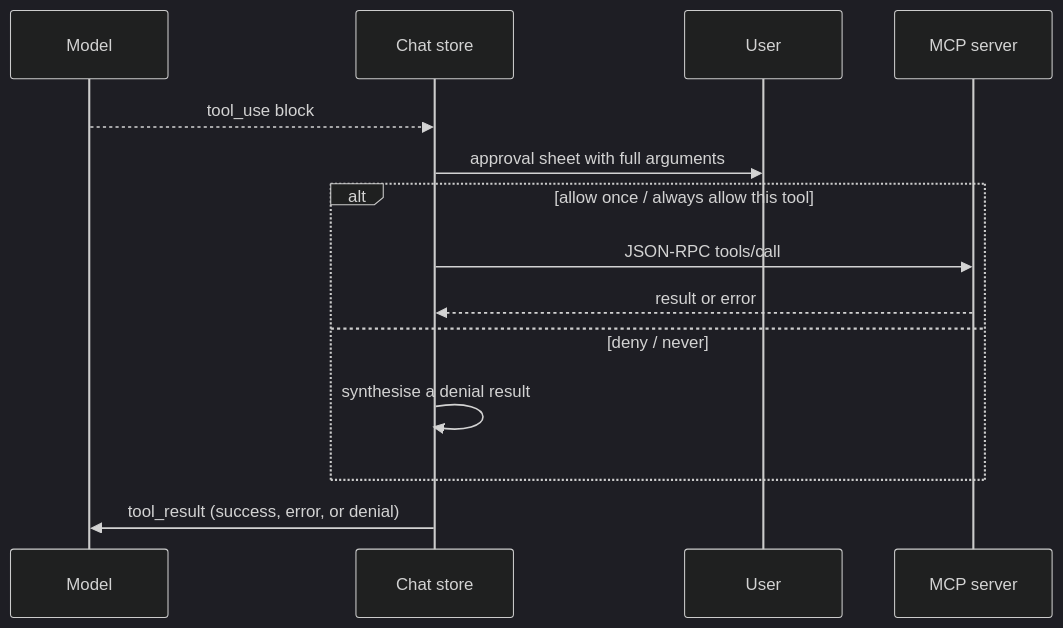
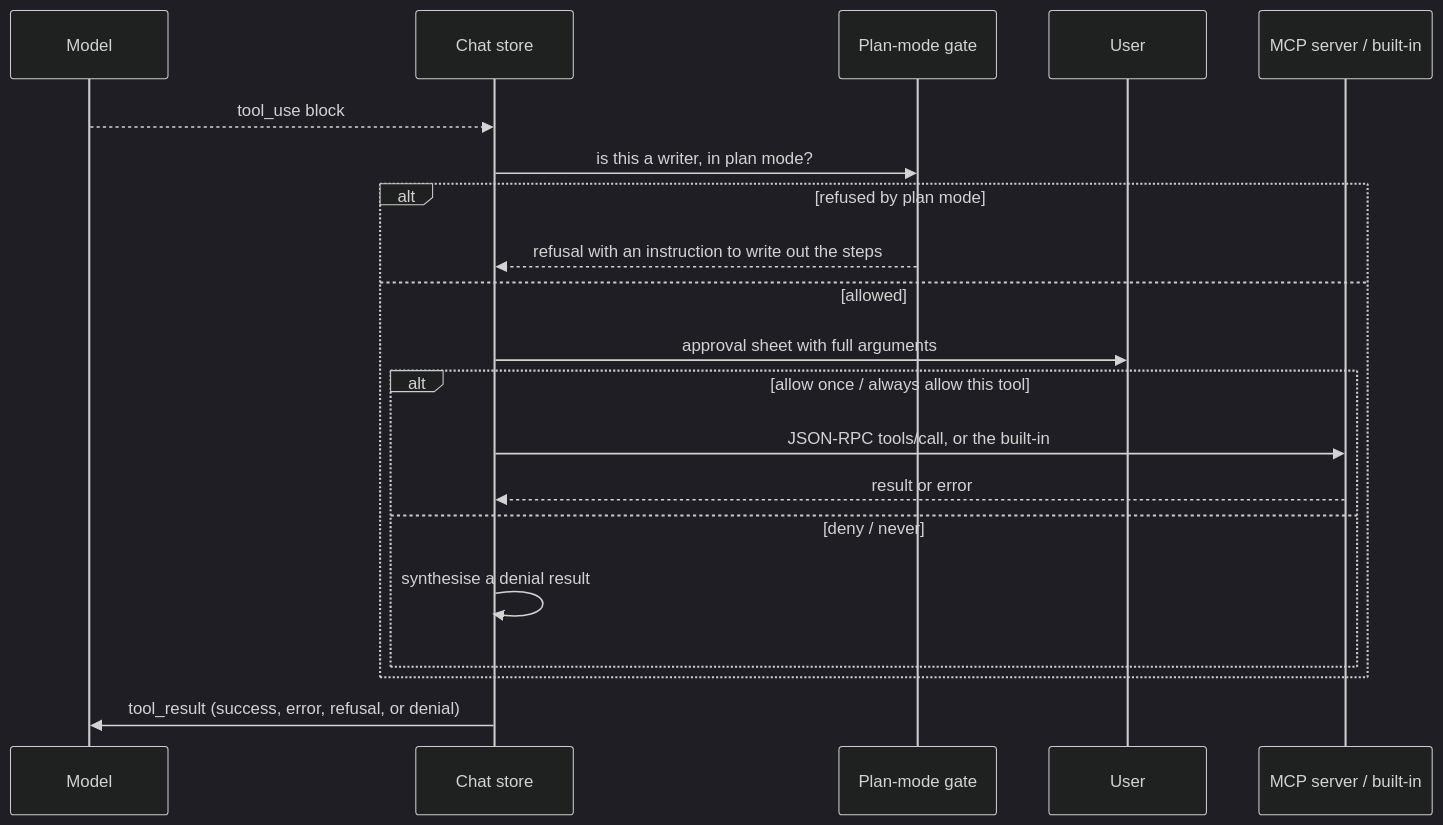
One commit to Suke2004/SuperAgent changed the third of 4 diagrams in README.md. Above: the diagram before and after it, drawn with Mermaid (dark theme). The commit also changed other lines of this file and 21 other files, not shown here.

````diff
--- a/README.md
+++ b/README.md
@@ -128,17 +154,23 @@
 ```mermaid
 sequenceDiagram
     participant M as Model
     participant C as Chat store
+    participant P as Plan-mode gate
     participant U as User
-    participant S as MCP server
+    participant S as MCP server / built-in
 
     M-->>C: tool_use block
-    C->>U: approval sheet with full arguments
-    alt allow once / always allow this tool
-        C->>S: JSON-RPC tools/call
-        S-->>C: result or error
-    else deny / never
-        C->>C: synthesise a denial result
+    C->>P: is this a writer, in plan mode?
+    alt refused by plan mode
+        P-->>C: refusal with an instruction to write out the steps
+    else allowed
+        C->>U: approval sheet with full arguments
+        alt allow once / always allow this tool
+            C->>S: JSON-RPC tools/call, or the built-in
+            S-->>C: result or error
+        else deny / never
+            C->>C: synthesise a denial result
+        end
     end
-    C->>M: tool_result (success, error, or denial)
+    C->>M: tool_result (success, error, refusal, or denial)
 ```
````
